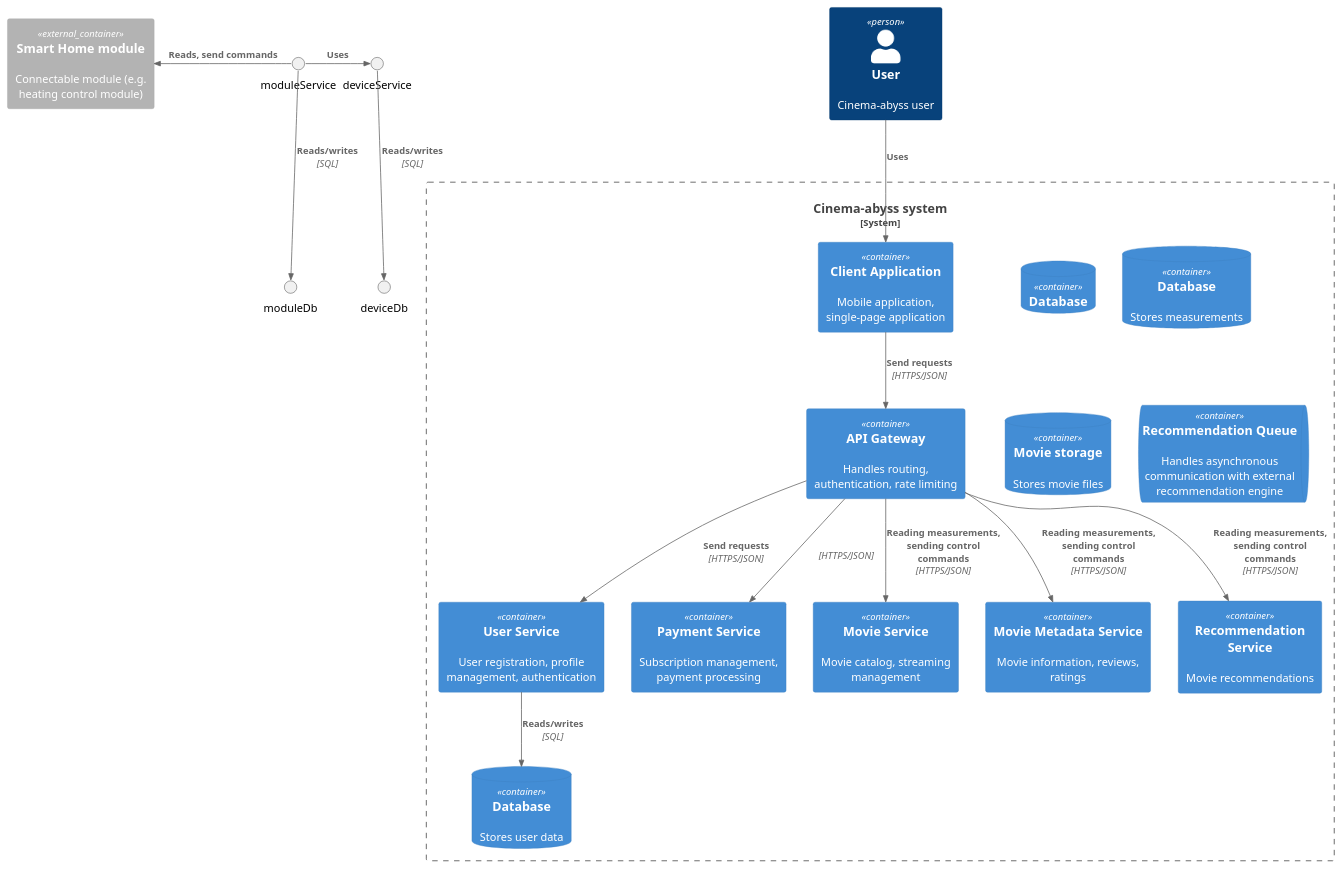
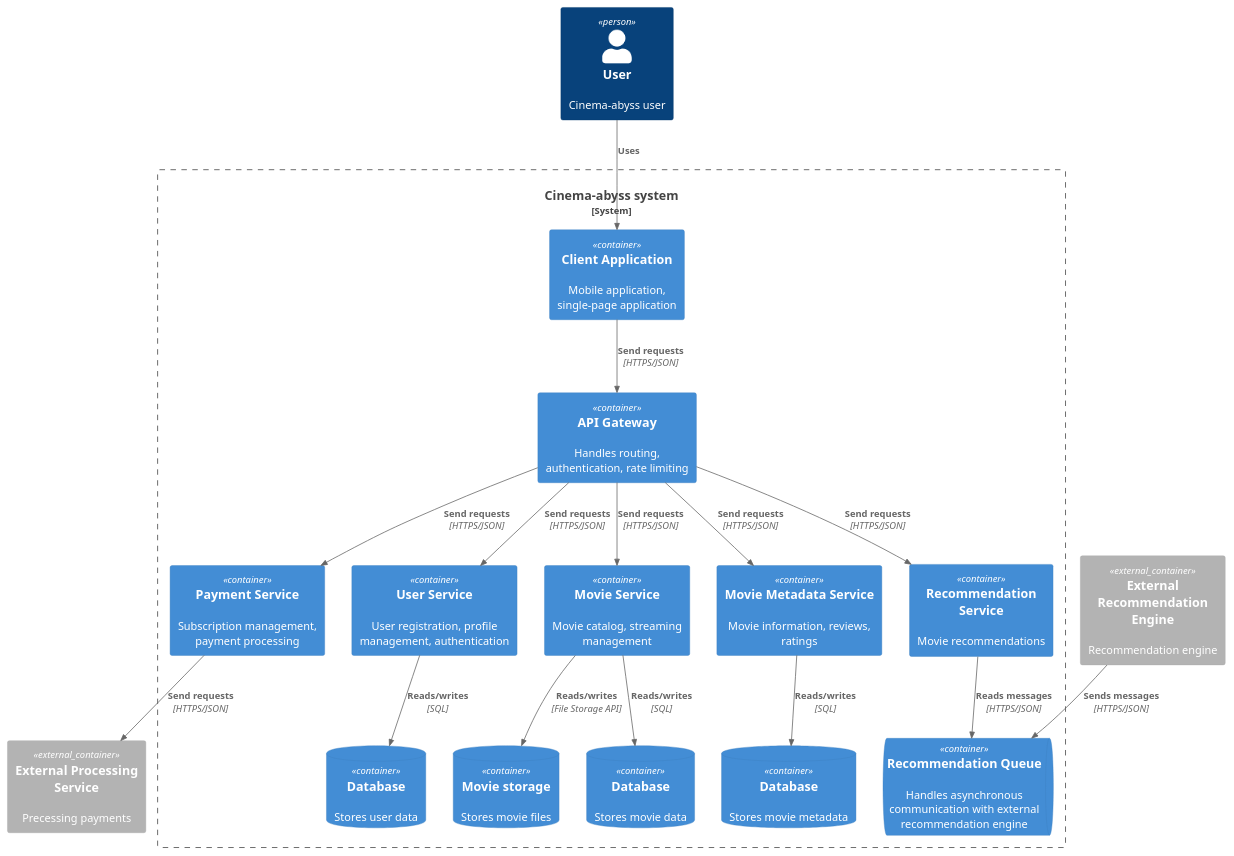
The diagram in diagram/container/CinemaAbyss_Container.puml (Madm1key/architecture-cinemaabyss), drawn with PlantUML before and after one commit. The commit also changed 1 other file, not shown here.

Commit message:
doc: обновлена диаграмма контейнеров

```diff
--- a/diagram/container/CinemaAbyss_Container.puml
+++ b/diagram/container/CinemaAbyss_Container.puml
@@ -1,40 +1,49 @@
 @startuml
 !include https://raw.githubusercontent.com/plantuml-stdlib/C4-PlantUML/master/C4_Container.puml
 
 Person(user, "User", "Cinema-abyss user")
 
 System_Boundary(s, "Cinema-abyss system") {
   Container(client, "Client Application", $descr="Mobile application, single-page application")
+
   Container(gateway, "API Gateway", $descr="Handles routing, authentication, rate limiting")
+
   Container(userService, "User Service", $descr="User registration, profile management, authentication")
   Container(paymentService, "Payment Service", $descr="Subscription management, payment processing")
   Container(movieService, "Movie Service", $descr="Movie catalog, streaming management")
   Container(movieMetadataService, "Movie Metadata Service", $descr="Movie information, reviews, ratings")
   Container(recommendationService, "Recommendation Service", $descr="Movie recommendations")
 
   ContainerDb(userDb, "Database", $descr="Stores user data")
-  ContainerDb(movieDb, "Database", $descr="")
-  ContainerDb(movieMetadataDb, "Database", $descr="Stores measurements")
-  ContainerDb(s3, "Movie storage", $descr="Stores movie files")
+  ContainerDb(movieDb, "Database", $descr="Stores movie data")
+  ContainerDb(movieMetadataDb, "Database", $descr="Stores movie metadata")
+
+  ContainerDb(movieStorage, "Movie storage", $descr="Stores movie files")
 
   ContainerQueue(recommendationQueue, "Recommendation Queue", $descr="Handles asynchronous communication with external recommendation engine")
 }
 
-Container_Ext(module, "Smart Home module", $descr="Connectable module (e.g. heating control module)")
+Container_Ext(processingService, "External Processing Service", $descr="Precessing payments")
+Container_Ext(recommendationEngine, "External Recommendation Engine", $descr="Recommendation engine")
 
 Rel(user, client, "Uses")
 
 Rel(client, gateway, "Send requests", "HTTPS/JSON")
+
 Rel(gateway, userService, "Send requests", "HTTPS/JSON")
-Rel(gateway, paymentService, "", "HTTPS/JSON")
-Rel(gateway, movieService, "Reading measurements, sending control commands", "HTTPS/JSON")
-Rel(gateway, movieMetadataService, "Reading measurements, sending control commands", "HTTPS/JSON")
-Rel(gateway, recommendationService, "Reading measurements, sending control commands", "HTTPS/JSON")
+Rel(gateway, paymentService, "Send requests", "HTTPS/JSON")
+Rel(gateway, movieService, "Send requests", "HTTPS/JSON")
+Rel(gateway, movieMetadataService, "Send requests", "HTTPS/JSON")
+Rel(gateway, recommendationService, "Send requests", "HTTPS/JSON")
 
-Rel_L(moduleService, module, "Reads, send commands")
-Rel_Neighbor(moduleService, deviceService, "Uses")
+Rel(paymentService, processingService, "Send requests", "HTTPS/JSON")
+
+Rel(recommendationService, recommendationQueue, "Reads messages", "HTTPS/JSON")
+Rel(recommendationEngine, recommendationQueue, "Sends messages", "HTTPS/JSON")
 
 Rel(userService, userDb, "Reads/writes", "SQL")
-Rel(deviceService, deviceDb, "Reads/writes", "SQL")
-Rel(moduleService, moduleDb, "Reads/writes", "SQL")
+Rel(movieService, movieDb, "Reads/writes", "SQL")
+Rel(movieMetadataService, movieMetadataDb, "Reads/writes", "SQL")
+
+Rel(movieService, movieStorage, "Reads/writes", "File Storage API")
 @enduml
```
